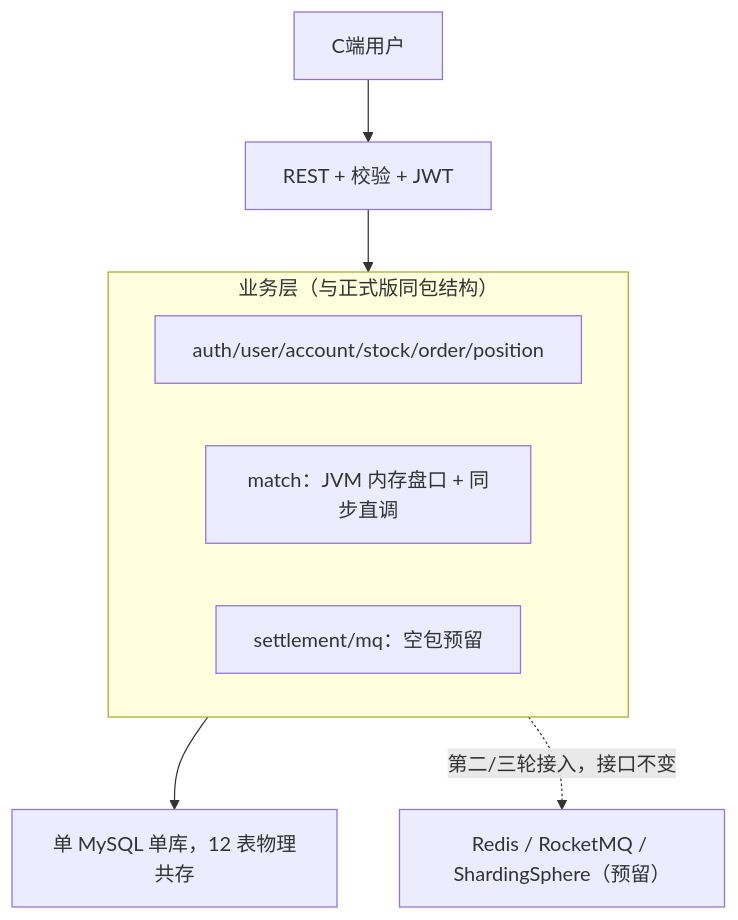
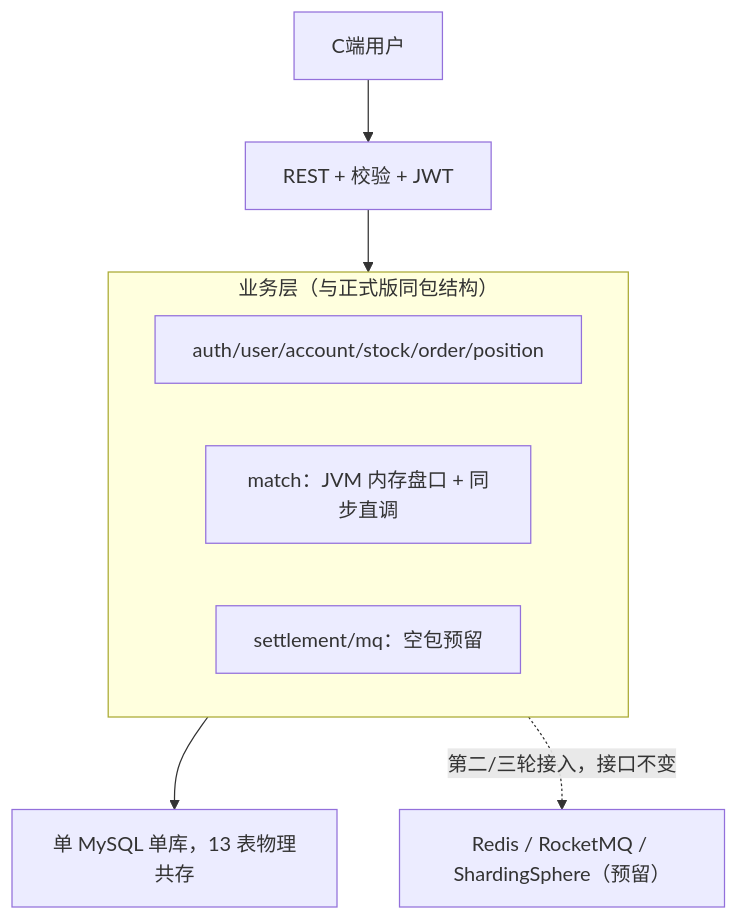
Before and after one commit to zhy-5435/paper-trade: the second of 2 diagrams in docs/02-架构设计.md, drawn with Mermaid. The commit also changed other lines of this file and 8 other files, not shown here.

````diff
--- a/docs/02-架构设计.md
+++ b/docs/02-架构设计.md
@@ -73,11 +73,11 @@
 ```mermaid
 flowchart TB
     C1["C端用户"] --> A1["REST + 校验 + JWT"] --> Biz
     subgraph Biz["业务层（与正式版同包结构）"]
         B1["auth/user/account/stock/order/position"]
         B5["match：JVM 内存盘口 + 同步直调"]
         B7["settlement/mq：空包预留"]
     end
-    Biz --> D1["单 MySQL 单库，12 表物理共存"]
+    Biz --> D1["单 MySQL 单库，13 表物理共存"]
     Biz -. 第二/三轮接入，接口不变 .-> MW["Redis / RocketMQ / ShardingSphere（预留）"]
 ```
````
